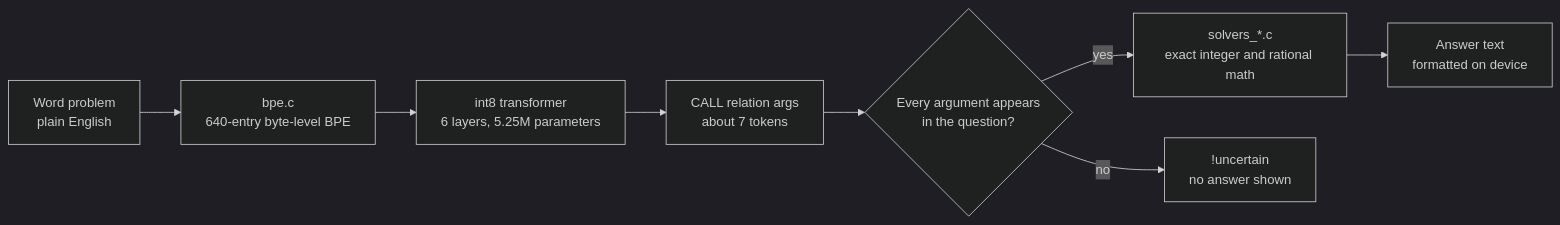
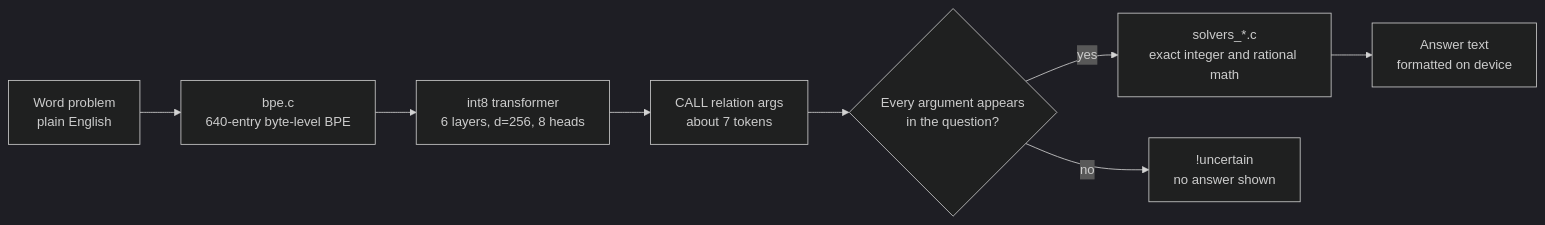
Before and after one commit to exterminatorrat/NdlessAI: the first of 2 diagrams in README.md, drawn with Mermaid (dark theme). The commit also changed other lines of this file, not shown here.

````diff
--- a/README.md
+++ b/README.md
@@ -18,10 +18,10 @@
 ```mermaid
 flowchart LR
   Q["Word problem<br/>plain English"] --> T["bpe.c<br/>640-entry byte-level BPE"]
-  T --> M["int8 transformer<br/>6 layers, 5.25M parameters"]
+  T --> M["int8 transformer<br/>6 layers, d=256, 8 heads"]
   M --> C["CALL relation args<br/>about 7 tokens"]
   C --> G{"Every argument appears<br/>in the question?"}
   G -- yes --> S["solvers_*.c<br/>exact integer and rational math"]
   G -- no --> R["!uncertain<br/>no answer shown"]
   S --> A["Answer text<br/>formatted on device"]
 ```
````
